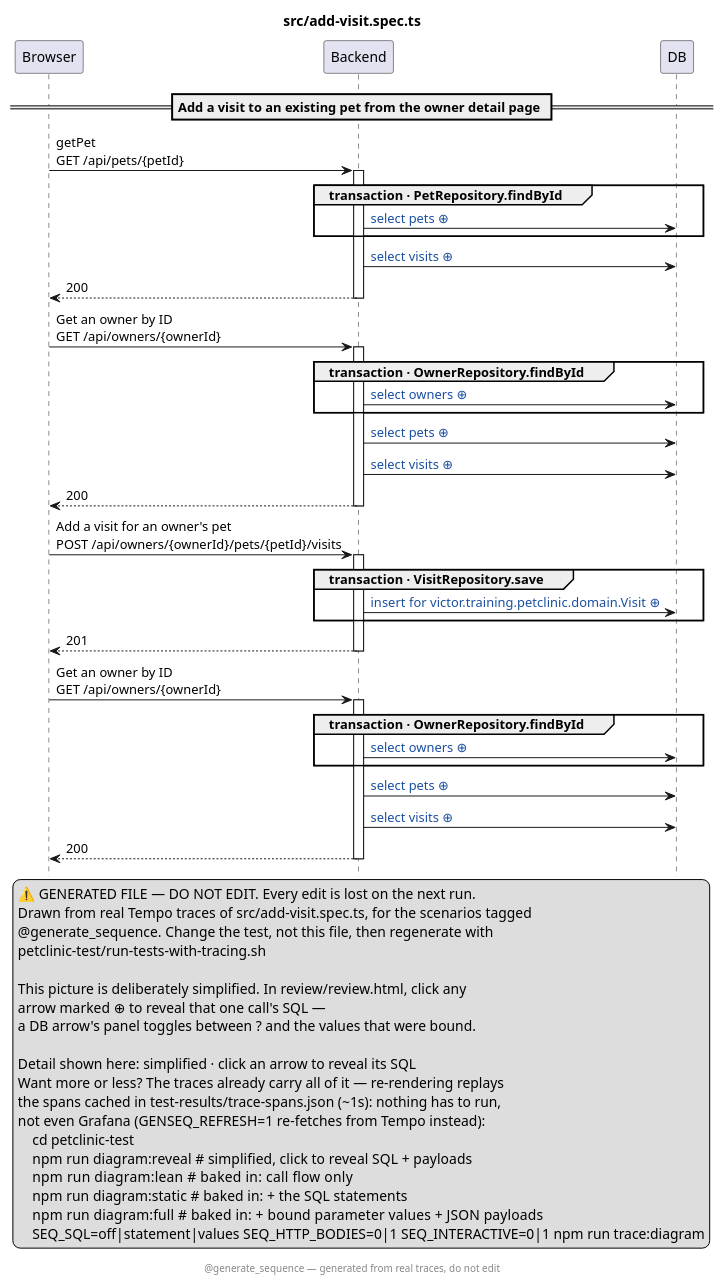
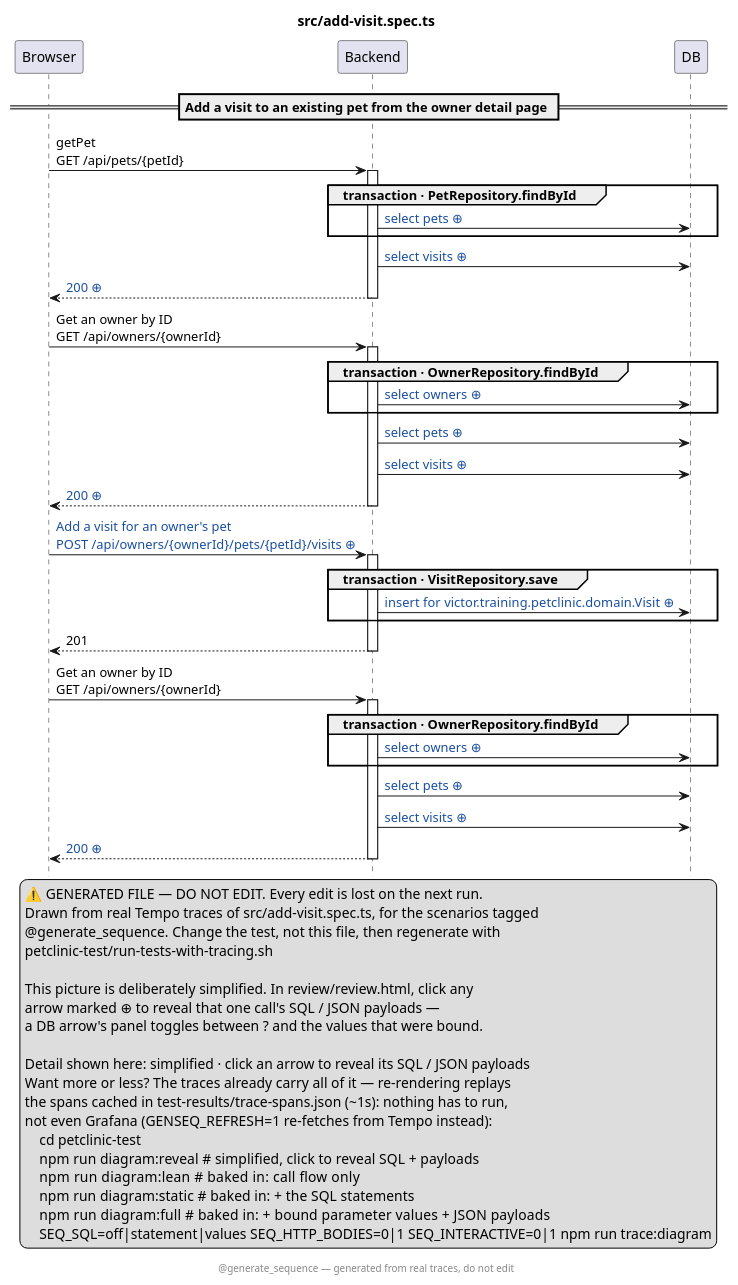
One commit to victorrentea/petclinic changed the diagram in petclinic-test/src/add-visit.spec.ts.genseq.puml. Above: the diagram before and after it, drawn with PlantUML. The commit also changed 3 other files, not shown here.

First line of the commit message:
docs(diagrams): regenerate for the renderer changes above

```diff
--- a/petclinic-test/src/add-visit.spec.ts.genseq.puml
+++ b/petclinic-test/src/add-visit.spec.ts.genseq.puml
@@ -1,66 +1,66 @@
 @startuml
 ' ⚠️  GENERATED FILE — DO NOT EDIT. Every edit is lost on the next run.
 hide footbox
 skinparam hyperlinkUnderline false
 skinparam hyperlinkColor #1A4FA0
 title src/add-visit.spec.ts
 legend right
   ⚠️  GENERATED FILE — DO NOT EDIT. Every edit is lost on the next run.
   Drawn from real Tempo traces of src/add-visit.spec.ts, for the scenarios tagged
   @generate_sequence. Change the test, not this file, then regenerate with
   petclinic-test/run-tests-with-tracing.sh
  
   This picture is deliberately simplified. In review/review.html, click any
-  arrow marked ⊕ to reveal that one call's SQL —
+  arrow marked ⊕ to reveal that one call's SQL / JSON payloads —
   a DB arrow's panel toggles between ? and the values that were bound.
  
-  Detail shown here: simplified · click an arrow to reveal its SQL
+  Detail shown here: simplified · click an arrow to reveal its SQL / JSON payloads
   Want more or less? The traces already carry all of it — re-rendering replays
   the spans cached in test-results/trace-spans.json (~1s): nothing has to run,
   not even Grafana (GENSEQ_REFRESH=1 re-fetches from Tempo instead):
       cd petclinic-test
       npm run diagram:reveal  # simplified, click to reveal SQL + payloads
       npm run diagram:lean    # baked in: call flow only
       npm run diagram:static  # baked in: + the SQL statements
       npm run diagram:full    # baked in: + bound parameter values + JSON payloads
       SEQ_SQL=off|statement|values SEQ_HTTP_BODIES=0|1 SEQ_INTERACTIVE=0|1 npm run trace:diagram
 end legend
 footer @generate_sequence — generated from real traces, do not edit
 participant Browser
 participant Backend
 participant DB
 == Add a visit to an existing pet from the owner detail page ==
 Browser -> Backend: getPet\nGET /api/pets/{petId}
 activate Backend
 group transaction · PetRepository.findById
 Backend -> DB: [[genseq://0jw0huv{Click for the statement behind this call} select pets ⊕]]
 end
 Backend -> DB: [[genseq://1cdku0l{Click for the statement behind this call} select visits ⊕]]
-Backend --> Browser: 200
+Backend --> Browser: [[genseq://10ac15z{Click for this call’s JSON body} 200 ⊕]]
 deactivate Backend
 Browser -> Backend: Get an owner by ID\nGET /api/owners/{ownerId}
 activate Backend
 group transaction · OwnerRepository.findById
 Backend -> DB: [[genseq://0totfe9{Click for the statement behind this call} select owners ⊕]]
 end
 Backend -> DB: [[genseq://1hjadar{Click for the statement behind this call} select pets ⊕]]
 Backend -> DB: [[genseq://1cdku0l{Click for the statement behind this call} select visits ⊕]]
-Backend --> Browser: 200
+Backend --> Browser: [[genseq://0vqfp9o{Click for this call’s JSON body} 200 ⊕]]
 deactivate Backend
-Browser -> Backend: Add a visit for an owner's pet\nPOST /api/owners/{ownerId}/pets/{petId}/visits
+Browser -> Backend: [[genseq://0pcfnee{Click for this call’s JSON body} Add a visit for an owner's pet\nPOST /api/owners/{ownerId}/pets/{petId}/visits ⊕]]
 activate Backend
 group transaction · VisitRepository.save
-Backend -> DB: [[genseq://088i0vt{Click for the statement behind this call} insert for victor.training.petclinic.domain.Visit ⊕]]
+Backend -> DB: [[genseq://0e0gzdb{Click for the statement behind this call} insert for victor.training.petclinic.domain.Visit ⊕]]
 end
 Backend --> Browser: 201
 deactivate Backend
 Browser -> Backend: Get an owner by ID\nGET /api/owners/{ownerId}
 activate Backend
 group transaction · OwnerRepository.findById
 Backend -> DB: [[genseq://0totfe9{Click for the statement behind this call} select owners ⊕]]
 end
 Backend -> DB: [[genseq://1hjadar{Click for the statement behind this call} select pets ⊕]]
 Backend -> DB: [[genseq://1cdku0l{Click for the statement behind this call} select visits ⊕]]
-Backend --> Browser: 200
+Backend --> Browser: [[genseq://05tiqyp{Click for this call’s JSON body} 200 ⊕]]
 deactivate Backend
 @enduml
```
